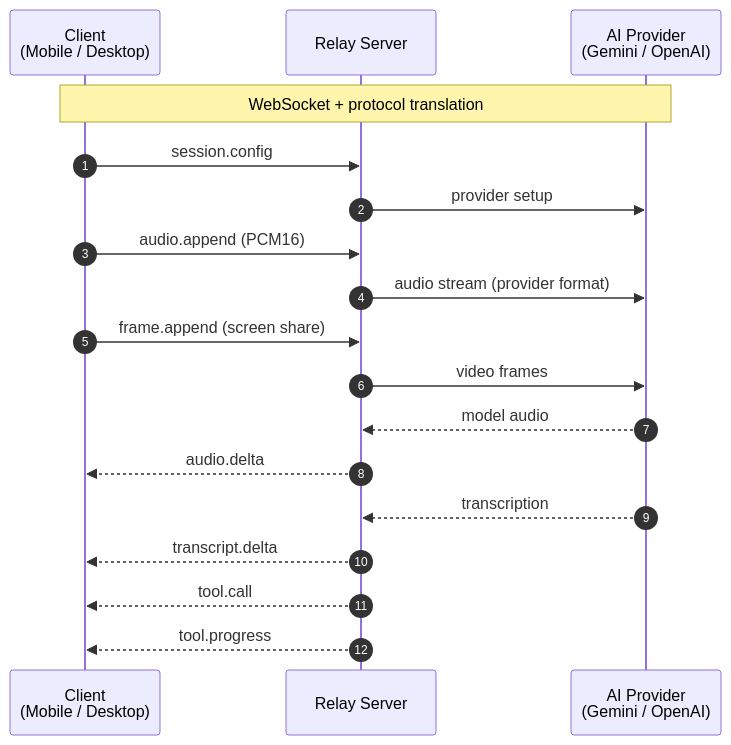
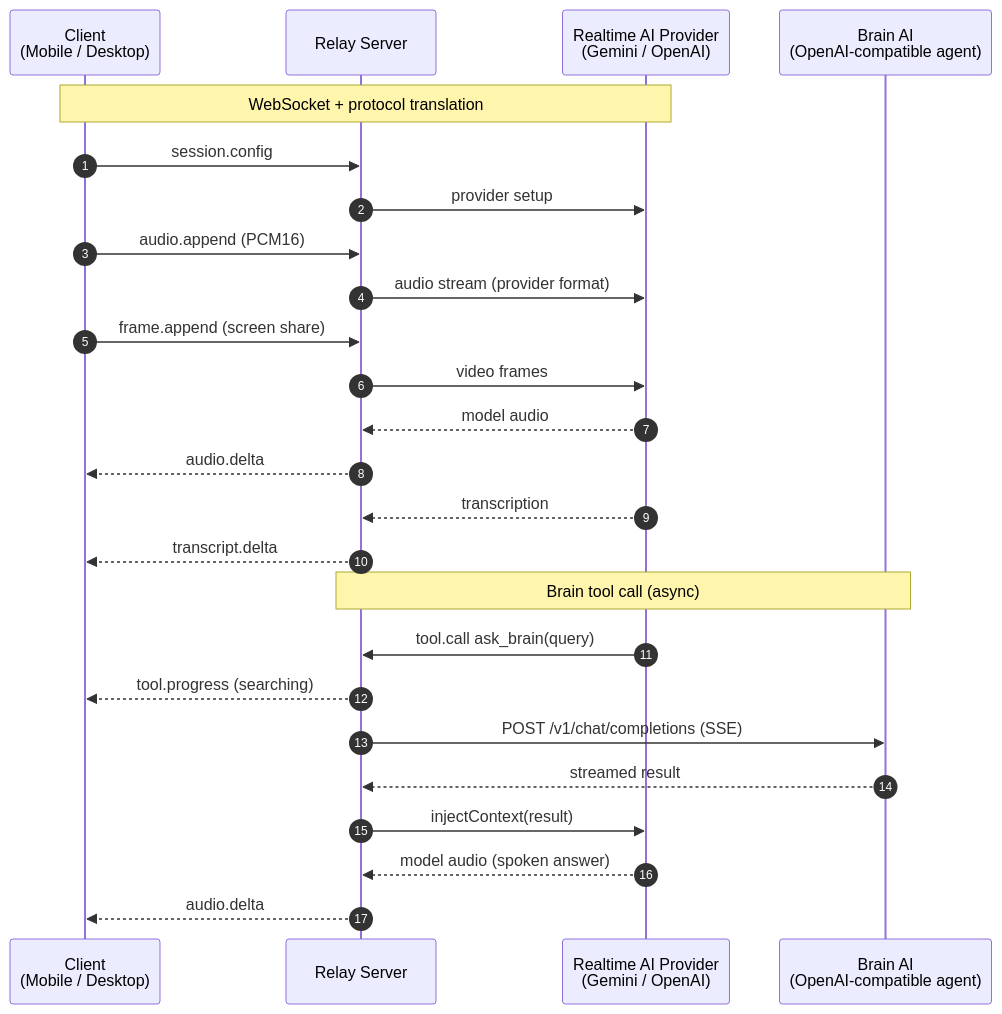
One commit to yagudaev/voiceclaw changed the diagram in docs/src/content/docs/index.mdx. Above: the diagram before and after it, drawn with Mermaid. The commit also changed other lines of this file and 2 other files, not shown here.

First line of the commit message:
docs: add Brain AI to diagrams and clarify Realtime AI Provider

````diff
--- a/docs/src/content/docs/index.mdx
+++ b/docs/src/content/docs/index.mdx
@@ -106,22 +106,30 @@
 ```mermaid
 sequenceDiagram
     autonumber
     participant C as Client<br/>(Mobile / Desktop)
     participant R as Relay Server
-    participant P as AI Provider<br/>(Gemini / OpenAI)
+    participant P as Realtime AI Provider<br/>(Gemini / OpenAI)
+    participant B as Brain AI<br/>(OpenAI-compatible agent)
 
     Note over C,P: WebSocket + protocol translation
 
     C->>R: session.config
     R->>P: provider setup
     C->>R: audio.append (PCM16)
     R->>P: audio stream (provider format)
     C->>R: frame.append (screen share)
     R->>P: video frames
     P-->>R: model audio
     R-->>C: audio.delta
     P-->>R: transcription
     R-->>C: transcript.delta
-    R-->>C: tool.call
-    R-->>C: tool.progress
+
+    Note over R,B: Brain tool call (async)
+    P->>R: tool.call ask_brain(query)
+    R-->>C: tool.progress (searching)
+    R->>B: POST /v1/chat/completions (SSE)
+    B-->>R: streamed result
+    R->>P: injectContext(result)
+    P-->>R: model audio (spoken answer)
+    R-->>C: audio.delta
 ```
````
